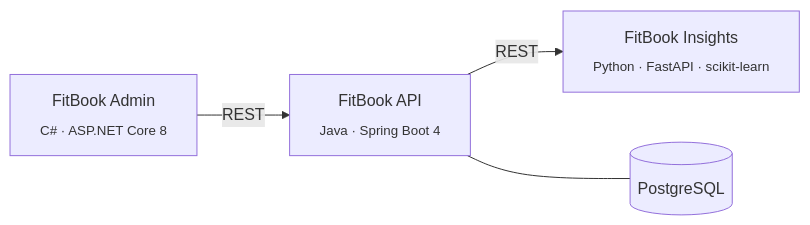
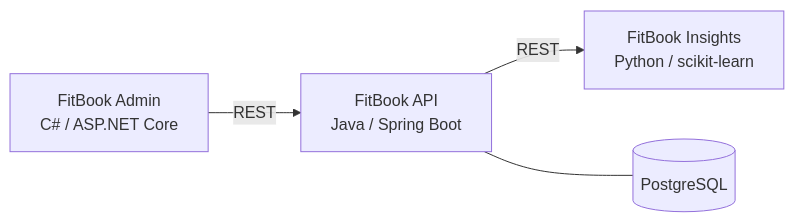
The diagram in README.md (neubauerlukas207-cell/neubauerlukas207-cell), drawn with Mermaid before and after one commit.

Commit message:
Čitelnější popisky v diagramu

````diff
--- a/README.md
+++ b/README.md
@@ -13,6 +13,6 @@
 ```mermaid
 flowchart LR
-    A["FitBook Admin<br/><sub>C# · ASP.NET Core 8</sub>"] -- REST --> B["FitBook API<br/><sub>Java · Spring Boot 4</sub>"]
-    B -- REST --> C["FitBook Insights<br/><sub>Python · FastAPI · scikit-learn</sub>"]
+    A["FitBook Admin<br/>C# / ASP.NET Core"] -- REST --> B["FitBook API<br/>Java / Spring Boot"]
+    B -- REST --> C["FitBook Insights<br/>Python / scikit-learn"]
     B --- D[("PostgreSQL")]
 ```
````
